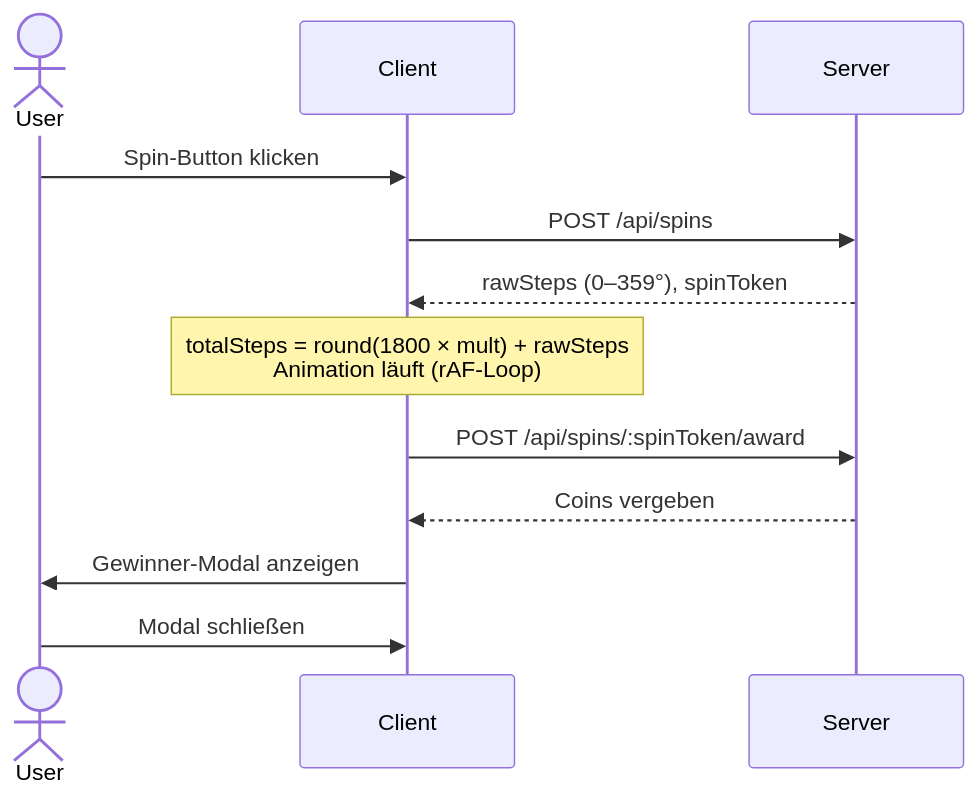
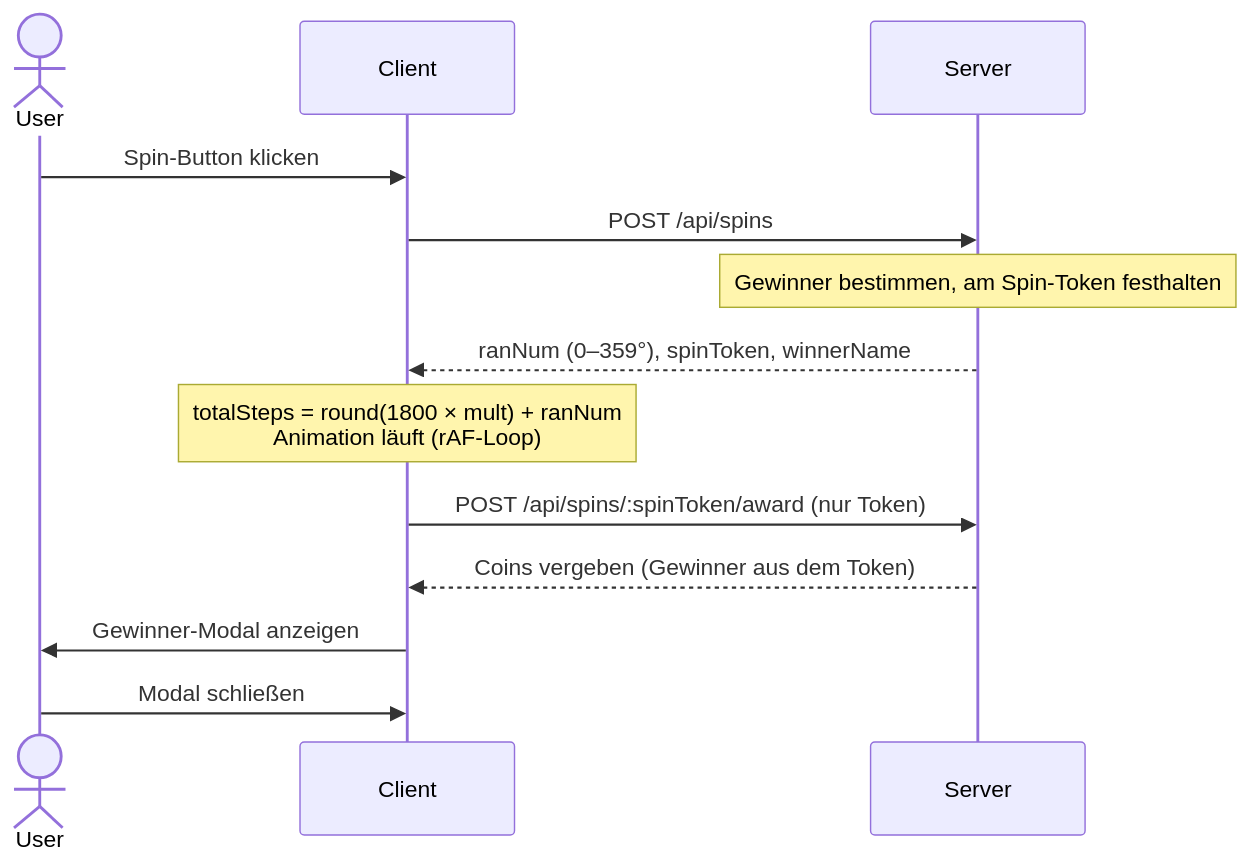
Before and after one commit to Aramis-Seitz/Family-Guy-Wheel-of-Fortune: the diagram in docs/spin/spin-sequence-diagram.md, drawn with Mermaid. The commit also changed 1 other file, not shown here.

Commit message:
docs(spin): Architektur- und Sequenzdiagramm auf serverseitigen Gewinner aktualisieren
Closes #472

````diff
--- a/docs/spin/spin-sequence-diagram.md
+++ b/docs/spin/spin-sequence-diagram.md
@@ -3,18 +3,19 @@
 ```mermaid
 sequenceDiagram
     actor User
     participant Client
     participant Server
 
     User->>Client: Spin-Button klicken
     Client->>Server: POST /api/spins
-    Server-->>Client: rawSteps (0–359°), spinToken
+    Note over Server: Gewinner bestimmen, am Spin-Token festhalten
+    Server-->>Client: ranNum (0–359°), spinToken, winnerName
 
-    Note over Client: totalSteps = round(1800 × mult) + rawSteps<br/>Animation läuft (rAF-Loop)
+    Note over Client: totalSteps = round(1800 × mult) + ranNum<br/>Animation läuft (rAF-Loop)
 
-    Client->>Server: POST /api/spins/:spinToken/award
-    Server-->>Client: Coins vergeben
+    Client->>Server: POST /api/spins/:spinToken/award (nur Token)
+    Server-->>Client: Coins vergeben (Gewinner aus dem Token)
 
     Client->>User: Gewinner-Modal anzeigen
     User->>Client: Modal schließen
 ```
````
